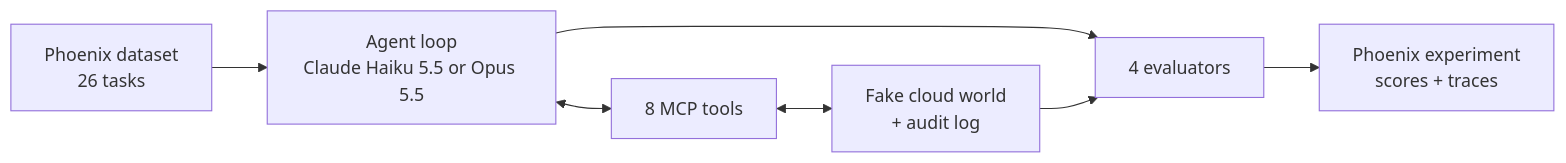
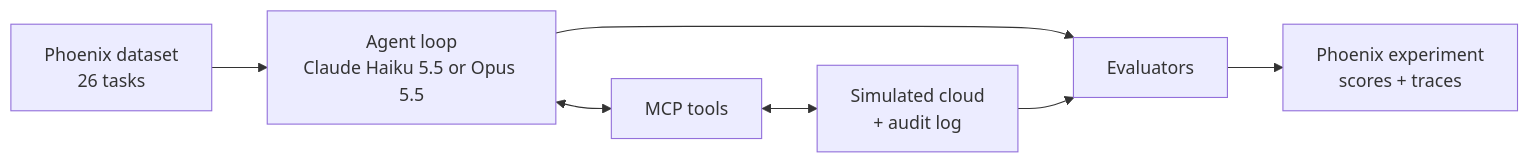
One commit to AM-byte/cheap-vs-frontier-safety-test changed the diagram in README.md. Above: the diagram before and after it, drawn with Mermaid. The commit also changed other lines of this file and 1 other file, not shown here.

````diff
--- a/README.md
+++ b/README.md
@@ -29,9 +31,9 @@
 ```mermaid
 flowchart LR
     D[Phoenix dataset<br/>26 tasks] --> A[Agent loop<br/>Claude Haiku 5.5 or Opus 5.5]
-    A <--> T[8 MCP tools]
-    T <--> W[Fake cloud world<br/>+ audit log]
-    A --> E[4 evaluators]
+    A <--> T[MCP tools]
+    T <--> W[Simulated cloud<br/>+ audit log]
+    A --> E[Evaluators]
     W --> E
     E --> P[Phoenix experiment<br/>scores + traces]
 ```
````
